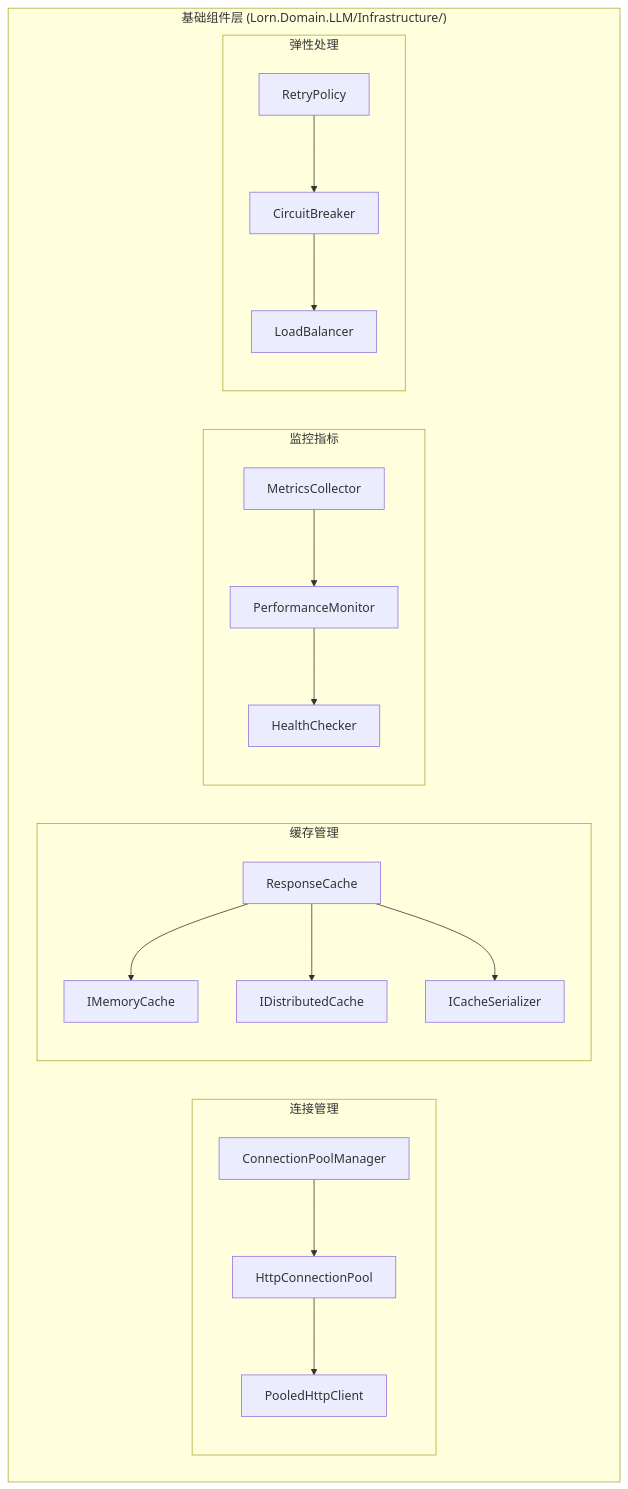
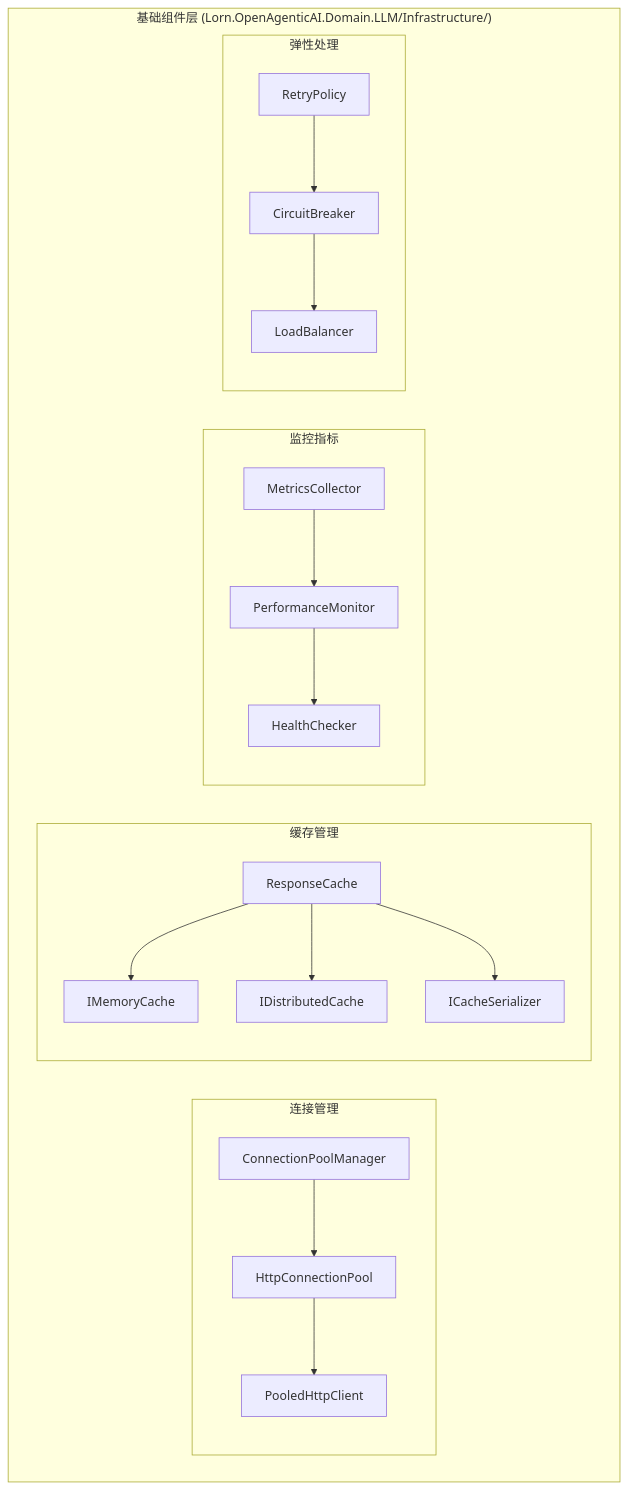
One commit to lornshrimp/Lorn.OpenAgenticAI changed diagram 12 of 19 in docs_TecDesign/LLMAdapterDesign.md. Above: the diagram before and after it, drawn with Mermaid. The commit also changed other lines of this file and 87 other files, not shown here.

````diff
--- a/docs_TecDesign/LLMAdapterDesign.md
+++ b/docs_TecDesign/LLMAdapterDesign.md
@@ -669,42 +669,42 @@
 ```mermaid
 graph TB
-    subgraph "基础组件层 (Lorn.Domain.LLM/Infrastructure/)"
+    subgraph "基础组件层 (Lorn.OpenAgenticAI.Domain.LLM/Infrastructure/)"
         subgraph "连接管理"
             ConnectionPoolManager[ConnectionPoolManager]
             HttpConnectionPool[HttpConnectionPool]
             PooledHttpClient[PooledHttpClient]
         end
         
         subgraph "缓存管理"
             ResponseCache[ResponseCache]
             MemoryCache[IMemoryCache]
             DistributedCache[IDistributedCache]
             CacheSerializer[ICacheSerializer]
         end
         
         subgraph "监控指标"
             MetricsCollector[MetricsCollector]
             PerformanceMonitor[PerformanceMonitor]
             HealthChecker[HealthChecker]
         end
         
         subgraph "弹性处理"
             RetryPolicy[RetryPolicy]
             CircuitBreaker[CircuitBreaker]
             LoadBalancer[LoadBalancer]
         end
     end
     
     ConnectionPoolManager --> HttpConnectionPool
     HttpConnectionPool --> PooledHttpClient
     
     ResponseCache --> MemoryCache
     ResponseCache --> DistributedCache
     ResponseCache --> CacheSerializer
     
     MetricsCollector --> PerformanceMonitor
     PerformanceMonitor --> HealthChecker
     
     RetryPolicy --> CircuitBreaker
     CircuitBreaker --> LoadBalancer
 ```
````
